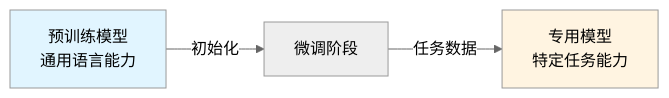
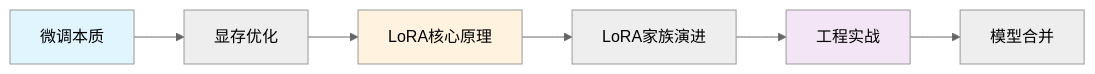
One commit to LordFoxFairy/NiKo-NoteBook changed the first of 5 diagrams in 大模型笔记/第三部分：数据工程与定制化/第2章_微调你的专属模型.md. Above: the diagram before and after it, drawn with Mermaid (neutral theme). The commit also changed other lines of this file and 32 other files, not shown here.

````diff
--- a/大模型笔记/第三部分：数据工程与定制化/第2章_微调你的专属模型.md
+++ b/大模型笔记/第三部分：数据工程与定制化/第2章_微调你的专属模型.md
@@ -218,8 +80,12 @@
 ```mermaid
 graph LR
-    A[预训练模型<br/>通用语言能力] -->|初始化| B[微调阶段]
-    B -->|任务数据| C[专用模型<br/>特定任务能力]
+    A[微调本质] --> B[显存优化]
+    B --> C[LoRA核心原理]
+    C --> D[LoRA家族演进]
+    D --> E[工程实战]
+    E --> F[模型合并]
 
     style A fill:#e1f5ff
-    style C fill:#fff4e1
+    style C fill:#fff3e0
+    style E fill:#f3e5f5
 ```
````
